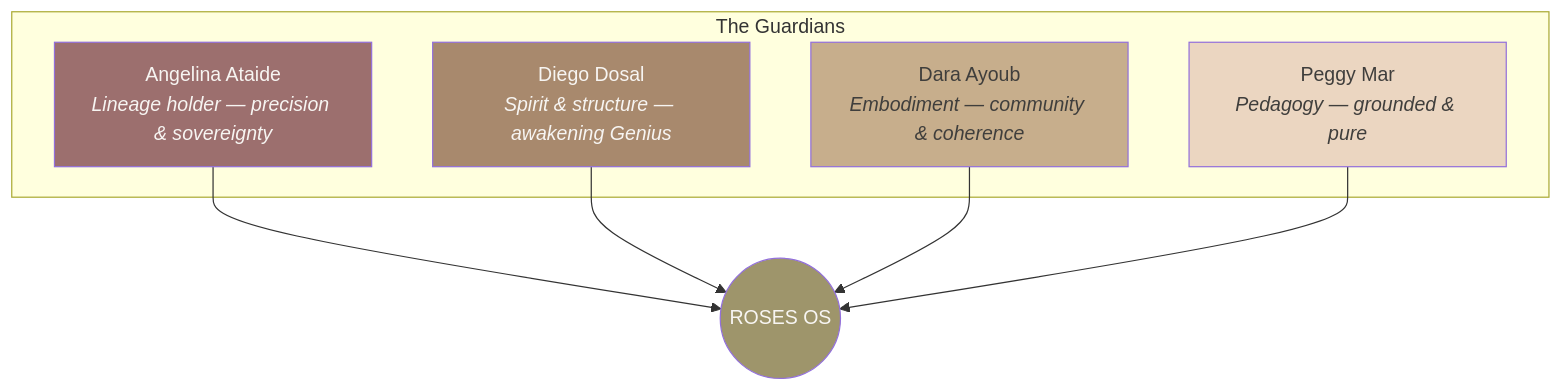
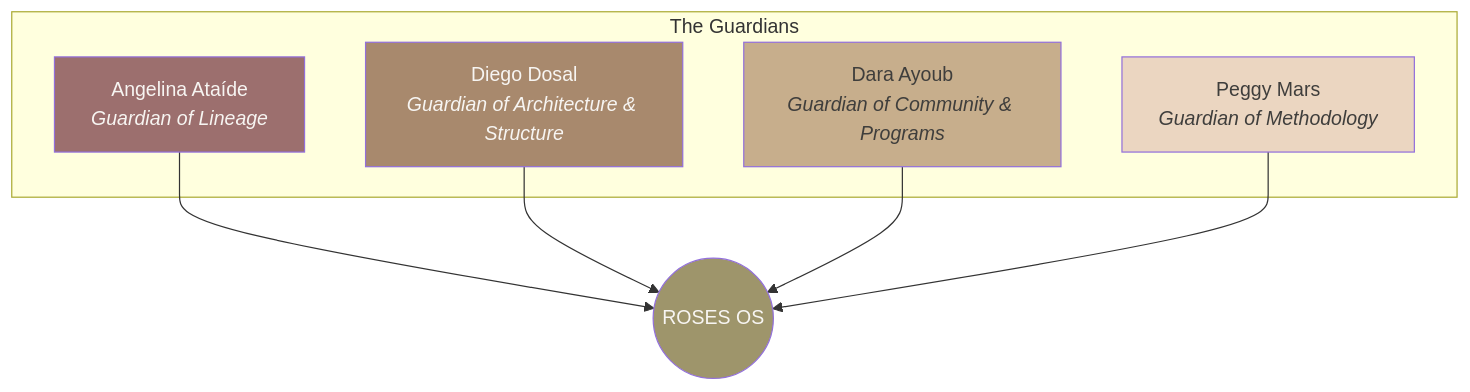
Before and after one commit to Light-Brands/roses-os: diagram 20 of 28 in docs/brand/brand-dna.md, drawn with Mermaid. The commit also changed other lines of this file and 4 other files, not shown here.

````diff
--- a/docs/brand/brand-dna.md
+++ b/docs/brand/brand-dna.md
@@ -1088,20 +1110,20 @@
 ```mermaid
 graph TD
     subgraph GUARDIANS["The Guardians"]
-        AA["Angelina Ataide<br/><i>Lineage holder — precision & sovereignty</i>"]
-        DD["Diego Dosal<br/><i>Spirit & structure — awakening Genius</i>"]
-        DA["Dara Ayoub<br/><i>Embodiment — community & coherence</i>"]
-        PM["Peggy Mar<br/><i>Pedagogy — grounded & pure</i>"]
+        AA["Angelina Ataíde<br/><i>Guardian of Lineage</i>"]
+        DD["Diego Dosal<br/><i>Guardian of Architecture & Structure</i>"]
+        DA["Dara Ayoub<br/><i>Guardian of Community & Programs</i>"]
+        PM["Peggy Mars<br/><i>Guardian of Methodology</i>"]
     end
 
     AA --> ROS((ROSES OS))
     DD --> ROS
     DA --> ROS
     PM --> ROS
 
     style AA fill:#9C6F6E,color:#F7F5F2
     style DD fill:#A8896D,color:#F7F5F2
     style DA fill:#C7AE8C,color:#3F3E3C
     style PM fill:#EBD6C1,color:#3F3E3C
     style ROS fill:#9E956B,color:#F7F5F2
 ```
````
